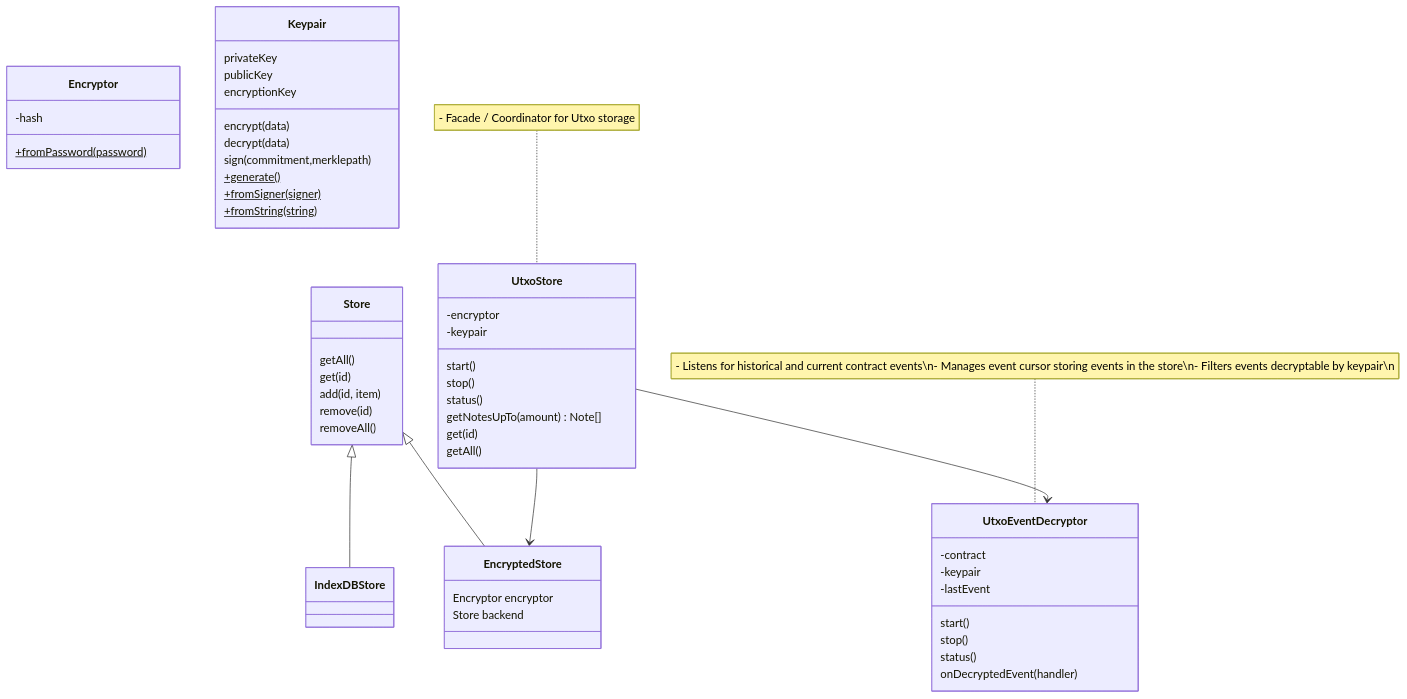
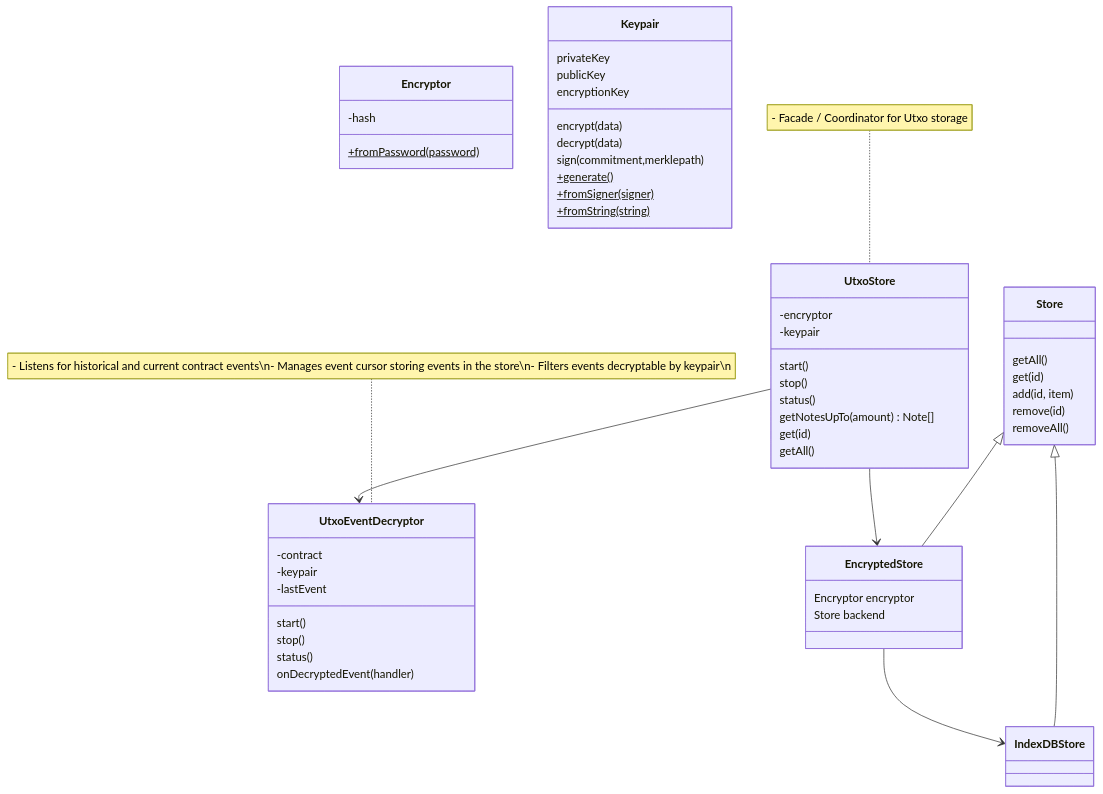
One commit to blockhackersio/zrclib changed the diagram in README.md. Above: the diagram before and after it, drawn with Mermaid.

````diff
--- a/README.md
+++ b/README.md
@@ -85,64 +85,66 @@
 ```mermaid
 
 classDiagram
     note for UtxoStore "- Facade / Coordinator for Utxo storage"
 
     class UtxoStore
     UtxoStore: -encryptor
     UtxoStore: -keypair
     UtxoStore: start()
     UtxoStore: stop()
     UtxoStore: status()
     UtxoStore: getNotesUpTo(amount) Note[]
     UtxoStore: get(id)
     UtxoStore: getAll()
 
     note for UtxoEventDecryptor "- Listens for historical and current contract events\n- Manages event cursor storing events in the store\n- Filters events decryptable by keypair\n"
 
     class UtxoEventDecryptor
     UtxoEventDecryptor: -contract
     UtxoEventDecryptor: -keypair
     UtxoEventDecryptor: -lastEvent
     UtxoEventDecryptor: start()
     UtxoEventDecryptor: stop()
     UtxoEventDecryptor: status()
     UtxoEventDecryptor: onDecryptedEvent(handler)
 
     class Encryptor
     Encryptor: -hash
     Encryptor: +fromPassword(password)$
 
     class Store
     Store: getAll()
     Store: get(id)
     Store: add(id, item)
     Store: remove(id)
     Store: removeAll()
 
     class EncryptedStore
     EncryptedStore: Encryptor encryptor
     EncryptedStore: Store backend
 
     class IndexDBStore
 
     Store <|-- EncryptedStore
     Store <|-- IndexDBStore
 
+    EncryptedStore --> IndexDBStore
+
     class Keypair
     Keypair: privateKey
     Keypair: publicKey
     Keypair: encryptionKey
     Keypair: encrypt(data)
     Keypair: decrypt(data)
     Keypair: sign(commitment,merklepath)
     Keypair: +generate()$
     Keypair: +fromSigner(signer)$
     Keypair: +fromString(string)$
 
 
     UtxoStore --> EncryptedStore
     UtxoStore --> UtxoEventDecryptor
 
 
 
 ```
````
